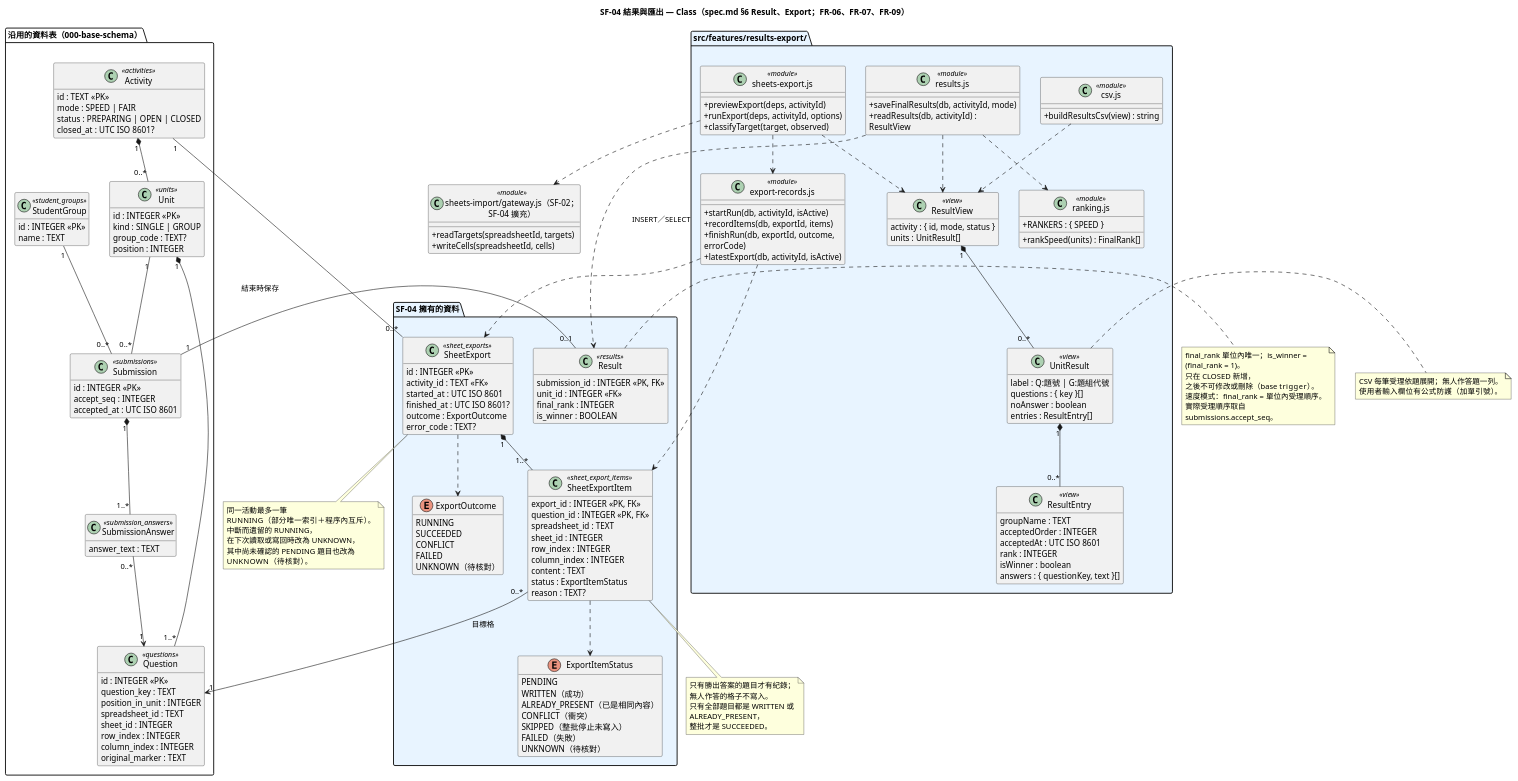
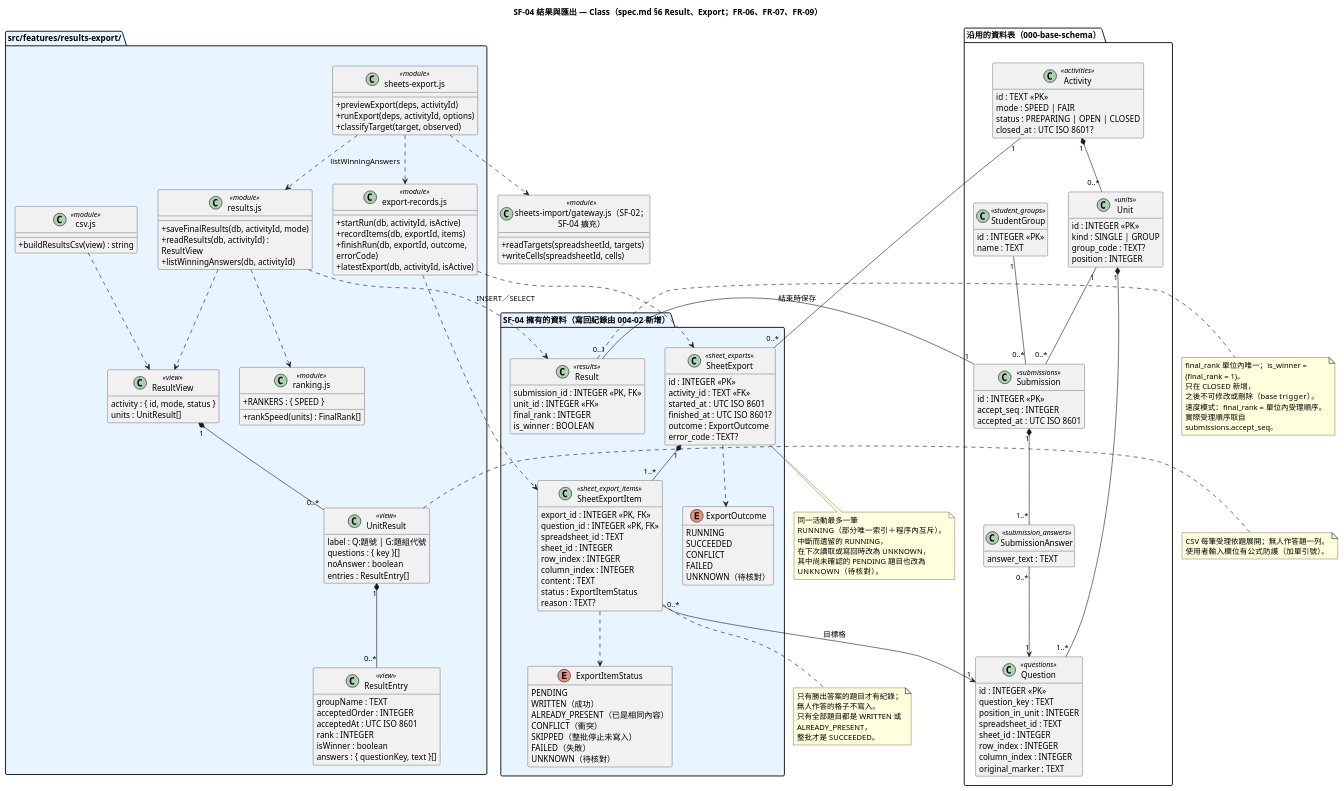
One commit to tom1030507/classroom-buzzer-system-speckit changed the diagram in diagrams/004-results-export-class.puml. Above: the diagram before and after it, drawn with PlantUML. The commit also changed 5 other files, not shown here.

Commit message:
docs(diagrams): align SF-04 diagrams with the plan

```diff
--- a/diagrams/004-results-export-class.puml
+++ b/diagrams/004-results-export-class.puml
@@ -1,185 +1,186 @@
 @startuml 004-results-export-class
 title SF-04 結果與匯出 — Class（spec.md §6 Result、Export；FR-06、FR-07、FR-09）
 skinparam shadowing false
 skinparam classAttributeIconSize 0
 skinparam wrapWidth 260
 hide empty methods
 
 package "沿用的資料表（000-base-schema）" {
   class Activity <<activities>> {
     id : TEXT <<PK>>
     mode : SPEED | FAIR
     status : PREPARING | OPEN | CLOSED
     closed_at : UTC ISO 8601?
   }
   class Unit <<units>> {
     id : INTEGER <<PK>>
     kind : SINGLE | GROUP
     group_code : TEXT?
     position : INTEGER
   }
   class Question <<questions>> {
     id : INTEGER <<PK>>
     question_key : TEXT
     position_in_unit : INTEGER
     spreadsheet_id : TEXT
     sheet_id : INTEGER
     row_index : INTEGER
     column_index : INTEGER
     original_marker : TEXT
   }
   class StudentGroup <<student_groups>> {
     id : INTEGER <<PK>>
     name : TEXT
   }
   class Submission <<submissions>> {
     id : INTEGER <<PK>>
     accept_seq : INTEGER
     accepted_at : UTC ISO 8601
   }
   class SubmissionAnswer <<submission_answers>> {
     answer_text : TEXT
   }
 }
 
-package "SF-04 擁有的資料" #E8F4FF {
+package "SF-04 擁有的資料（寫回紀錄由 004-02 新增）" #E8F4FF {
   class Result <<results>> {
     submission_id : INTEGER <<PK, FK>>
     unit_id : INTEGER <<FK>>
     final_rank : INTEGER
     is_winner : BOOLEAN
   }
   class SheetExport <<sheet_exports>> {
     id : INTEGER <<PK>>
     activity_id : TEXT <<FK>>
     started_at : UTC ISO 8601
     finished_at : UTC ISO 8601?
     outcome : ExportOutcome
     error_code : TEXT?
   }
   class SheetExportItem <<sheet_export_items>> {
     export_id : INTEGER <<PK, FK>>
     question_id : INTEGER <<PK, FK>>
     spreadsheet_id : TEXT
     sheet_id : INTEGER
     row_index : INTEGER
     column_index : INTEGER
     content : TEXT
     status : ExportItemStatus
     reason : TEXT?
   }
   enum ExportOutcome {
     RUNNING
     SUCCEEDED
     CONFLICT
     FAILED
     UNKNOWN（待核對）
   }
   enum ExportItemStatus {
     PENDING
     WRITTEN（成功）
     ALREADY_PRESENT（已是相同內容）
     CONFLICT（衝突）
     SKIPPED（整批停止未寫入）
     FAILED（失敗）
     UNKNOWN（待核對）
   }
 }
 
 package "src/features/results-export/" #E8F4FF {
   class "results.js" as ResultsModule <<module>> {
     +saveFinalResults(db, activityId, mode)
     +readResults(db, activityId) : ResultView
+    +listWinningAnswers(db, activityId)
   }
   class "ranking.js" as RankingModule <<module>> {
     +RANKERS : { SPEED }
     +rankSpeed(units) : FinalRank[]
   }
   class "csv.js" as CsvModule <<module>> {
     +buildResultsCsv(view) : string
   }
   class "sheets-export.js" as ExportModule <<module>> {
     +previewExport(deps, activityId)
     +runExport(deps, activityId, options)
     +classifyTarget(target, observed)
   }
   class "export-records.js" as RecordsModule <<module>> {
     +startRun(db, activityId, isActive)
     +recordItems(db, exportId, items)
     +finishRun(db, exportId, outcome, errorCode)
     +latestExport(db, activityId, isActive)
   }
   class ResultView <<view>> {
     activity : { id, mode, status }
     units : UnitResult[]
   }
   class UnitResult <<view>> {
     label : Q:題號 | G:題組代號
     questions : { key }[]
     noAnswer : boolean
     entries : ResultEntry[]
   }
   class ResultEntry <<view>> {
     groupName : TEXT
     acceptedOrder : INTEGER
     acceptedAt : UTC ISO 8601
     rank : INTEGER
     isWinner : boolean
     answers : { questionKey, text }[]
   }
 }
 
 class "sheets-import/gateway.js（SF-02；SF-04 擴充）" as GatewayModule <<module>> {
   +readTargets(spreadsheetId, targets)
   +writeCells(spreadsheetId, cells)
 }
 
 Activity "1" *-- "0..*" Unit
 Unit "1" *-- "1..*" Question
 Unit "1" -- "0..*" Submission
 StudentGroup "1" -- "0..*" Submission
 Submission "1" *-- "1..*" SubmissionAnswer
 SubmissionAnswer "0..*" --> "1" Question
 Submission "1" -- "0..1" Result : 結束時保存
 Activity "1" -- "0..*" SheetExport
 SheetExport "1" *-- "1..*" SheetExportItem
 SheetExportItem "0..*" --> "1" Question : 目標格
 SheetExport ..> ExportOutcome
 SheetExportItem ..> ExportItemStatus
 
 ResultView "1" *-- "0..*" UnitResult
 UnitResult "1" *-- "0..*" ResultEntry
 ResultsModule ..> RankingModule
 ResultsModule ..> Result : INSERT／SELECT
 ResultsModule ..> ResultView
 CsvModule ..> ResultView
-ExportModule ..> ResultView
+ExportModule ..> ResultsModule : listWinningAnswers
 ExportModule ..> GatewayModule
 ExportModule ..> RecordsModule
 RecordsModule ..> SheetExport
 RecordsModule ..> SheetExportItem
 
 note right of Result
   final_rank 單位內唯一；is_winner = (final_rank = 1)。
   只在 CLOSED 新增，之後不可修改或刪除（base trigger）。
   速度模式：final_rank = 單位內受理順序。
   實際受理順序取自 submissions.accept_seq。
 end note
 
 note bottom of SheetExport
   同一活動最多一筆 RUNNING（部分唯一索引＋程序內互斥）。
   中斷而遺留的 RUNNING，在下次讀取或寫回時改為 UNKNOWN，
   其中尚未確認的 PENDING 題目也改為 UNKNOWN（待核對）。
 end note
 
 note bottom of SheetExportItem
   只有勝出答案的題目才有紀錄；無人作答的格子不寫入。
   只有全部題目都是 WRITTEN 或 ALREADY_PRESENT，
   整批才是 SUCCEEDED。
 end note
 
 note right of UnitResult
   CSV 每筆受理依題展開；無人作答題一列。
   使用者輸入欄位有公式防護（加單引號）。
 end note
 @enduml
```
